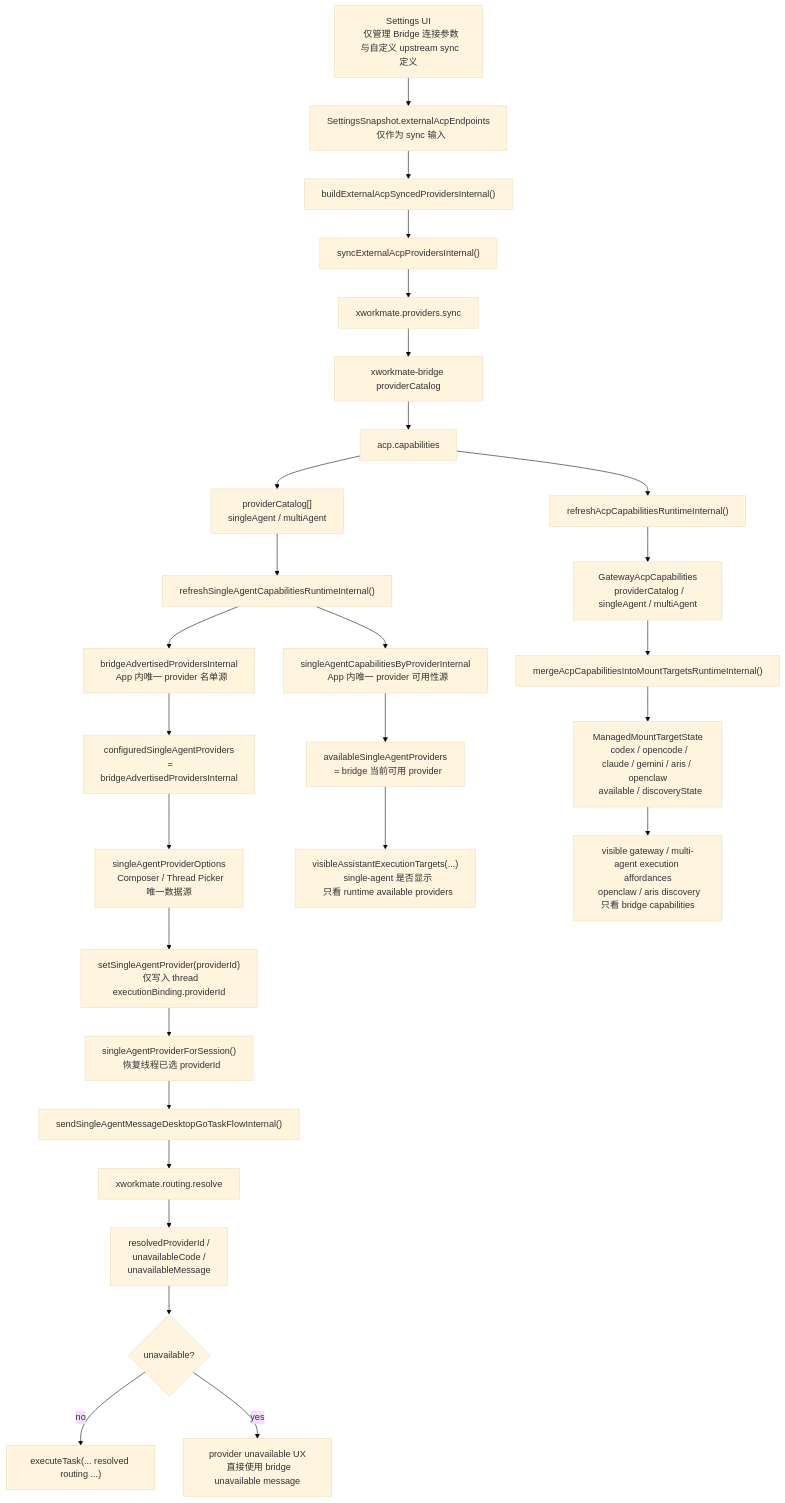
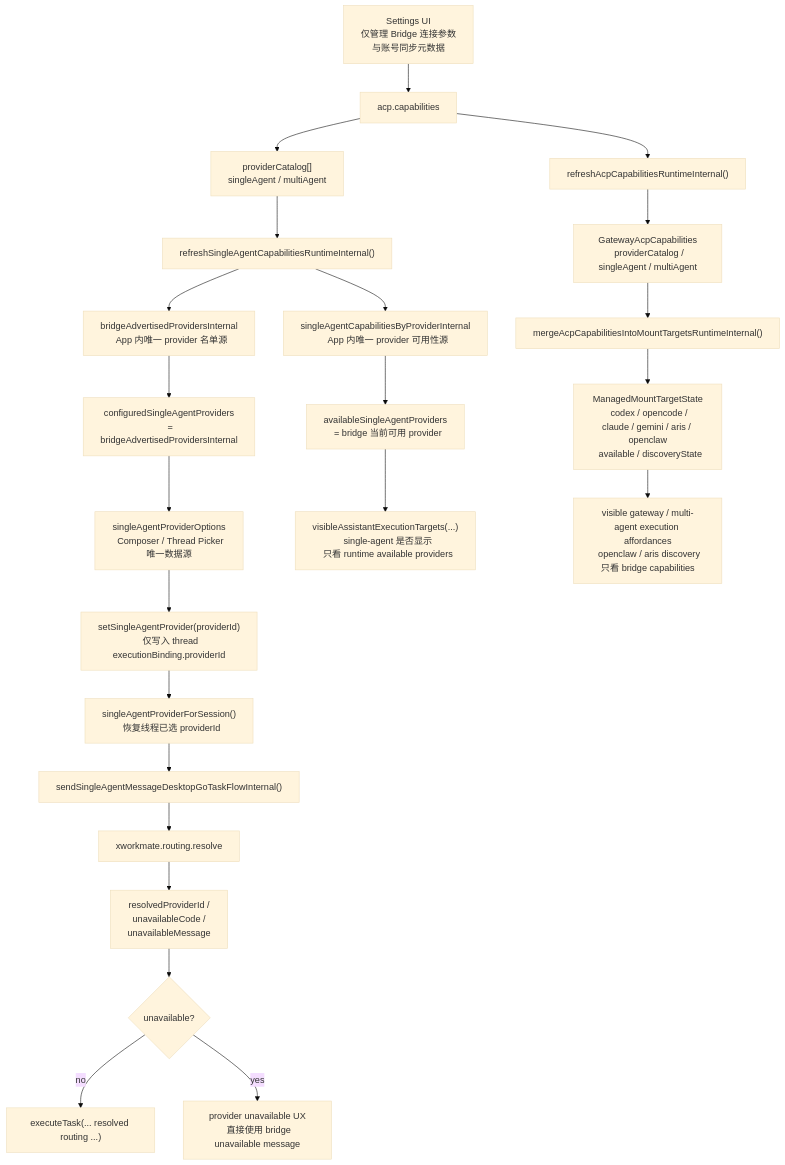
The second of 2 diagrams in docs/architecture/task-control-plane-unification.md (ai-workspace-lab/xworkmate-app), drawn with Mermaid (base theme) before and after one commit. The commit also changed other lines of this file and 17 other files, not shown here.

````diff
--- a/docs/architecture/task-control-plane-unification.md
+++ b/docs/architecture/task-control-plane-unification.md
@@ -52,61 +52,53 @@
 ```mermaid
 flowchart TD
   A["Settings UI
   仅管理 Bridge 连接参数
-  与自定义 upstream sync 定义"] --> B["SettingsSnapshot.externalAcpEndpoints
-  仅作为 sync 输入"]
-
-  B --> C["buildExternalAcpSyncedProvidersInternal()"]
-  C --> D["syncExternalAcpProvidersInternal()"]
-  D --> E["xworkmate.providers.sync"]
-  E --> F["xworkmate-bridge providerCatalog"]
-
-  F --> G["acp.capabilities"]
+  与账号同步元数据"] --> G["acp.capabilities"]
   G --> H["providerCatalog[]
   singleAgent / multiAgent"]
 
   H --> I["refreshSingleAgentCapabilitiesRuntimeInternal()"]
   I --> J["bridgeAdvertisedProvidersInternal
   App 内唯一 provider 名单源"]
   I --> K["singleAgentCapabilitiesByProviderInternal
   App 内唯一 provider 可用性源"]
 
   G --> L["refreshAcpCapabilitiesRuntimeInternal()"]
   L --> M["GatewayAcpCapabilities
   providerCatalog / singleAgent / multiAgent"]
   M --> N["mergeAcpCapabilitiesIntoMountTargetsRuntimeInternal()"]
   N --> O["ManagedMountTargetState
   codex / opencode / claude / gemini / aris / openclaw
   available / discoveryState"]
 
   J --> P["configuredSingleAgentProviders
   = bridgeAdvertisedProvidersInternal"]
   P --> Q["singleAgentProviderOptions
   Composer / Thread Picker 唯一数据源"]
 
   K --> R["availableSingleAgentProviders
   = bridge 当前可用 provider"]
   R --> S["visibleAssistantExecutionTargets(...)
   single-agent 是否显示
   只看 runtime available providers"]
 
   O --> T["visible gateway / multi-agent execution affordances
   openclaw / aris discovery 只看 bridge capabilities"]
 
   Q --> U["setSingleAgentProvider(providerId)
   仅写入 thread executionBinding.providerId"]
 
   U --> V["singleAgentProviderForSession()
   恢复线程已选 providerId"]
 
   V --> W["sendSingleAgentMessageDesktopGoTaskFlowInternal()"]
   W --> X["xworkmate.routing.resolve"]
   X --> Y["resolvedProviderId /
   unavailableCode /
   unavailableMessage"]
 
   Y --> Z{"unavailable?"}
   Z -->|"no"| AA["executeTask(... resolved routing ...)"]
   Z -->|"yes"| AB["provider unavailable UX
   直接使用 bridge unavailable message"]
 ```
````
